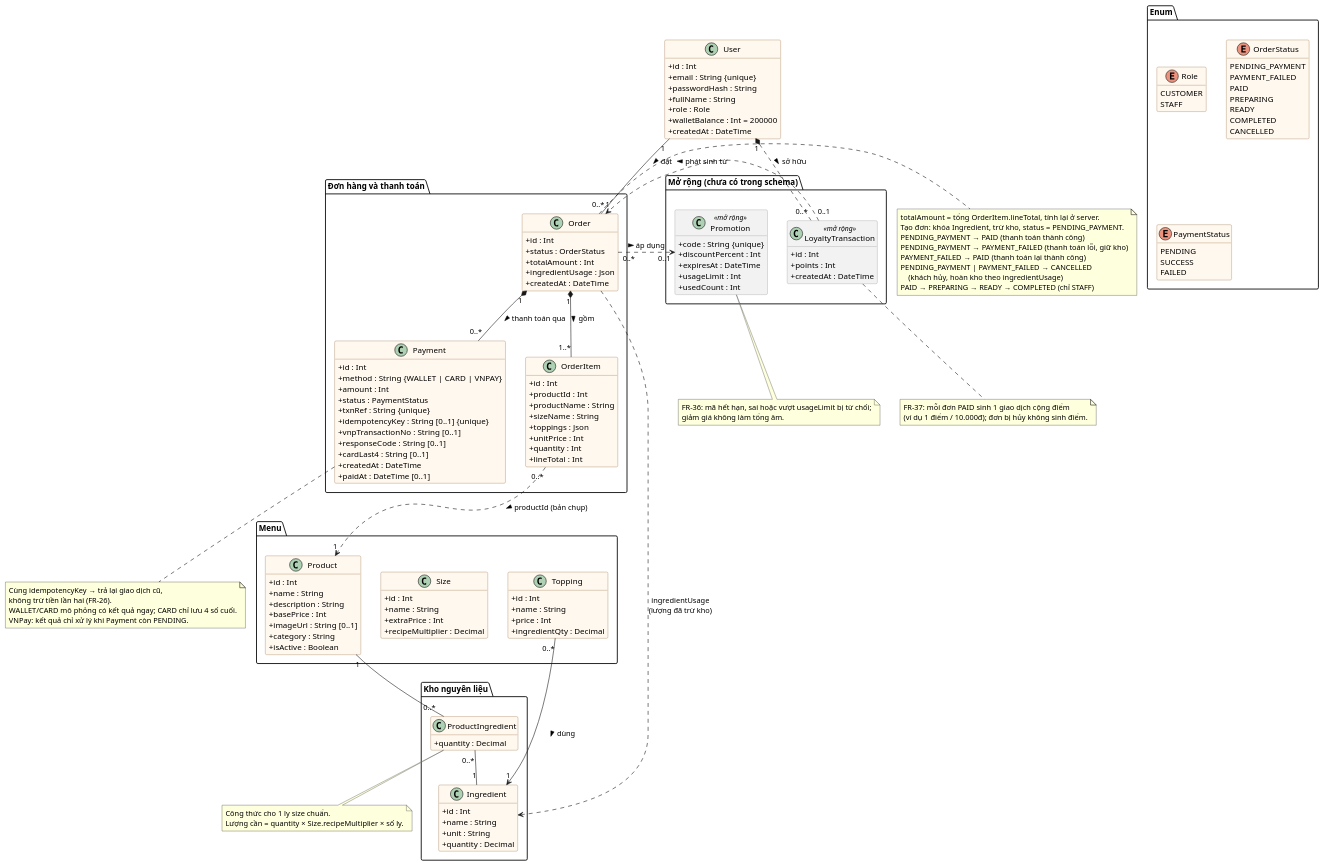
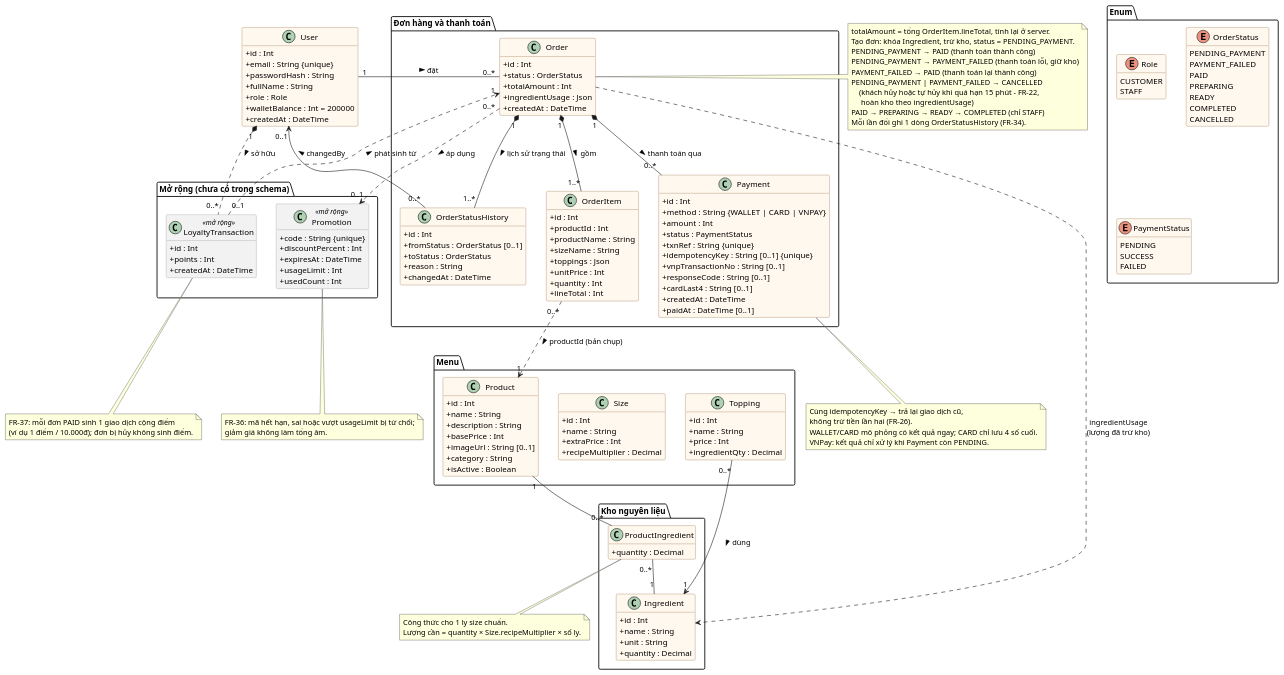
The diagram in docs/diagrams/class-domain.puml (NguyenphamThaitu/FE_brewlite_hk1), drawn with PlantUML before and after one commit. The commit also changed 2 other files, not shown here.

Commit message:
docs(task-2): add OrderStatusHistory to the class diagram
The data model now has OrderStatusHistory (FR-34). Add the class, its
composition with Order and the optional changedBy link to User, note the
auto-cancel transition (FR-22), and drop the GET /staff/orders mismatch
from the SRS comparison since FR-33 is implemented.

```diff
--- a/docs/diagrams/class-domain.puml
+++ b/docs/diagrams/class-domain.puml
@@ -1,179 +1,190 @@
 @startuml class-domain
 ' BrewLite - Class diagram muc domain (Task 2.3)
 ' Bam theo apps/api/prisma/schema.prisma. Mo ta: docs/diagrams/class-domain.md
 hide empty members
 skinparam classAttributeIconSize 0
 skinparam shadowing false
 skinparam class {
   BackgroundColor #FFF8EE
   BorderColor #8A5A2B
   BackgroundColor<<mở rộng>> #F2F2F2
   BorderColor<<mở rộng>> #888888
 }
 skinparam enum {
   BackgroundColor #EEF5FF
   BorderColor #3A6EA5
 }
 
 package "Enum" {
   enum Role {
     CUSTOMER
     STAFF
   }
   enum OrderStatus {
     PENDING_PAYMENT
     PAYMENT_FAILED
     PAID
     PREPARING
     READY
     COMPLETED
     CANCELLED
   }
   enum PaymentStatus {
     PENDING
     SUCCESS
     FAILED
   }
 }
 
 class User {
   + id : Int
   + email : String {unique}
   + passwordHash : String
   + fullName : String
   + role : Role
   + walletBalance : Int = 200000
   + createdAt : DateTime
 }
 
 package "Menu" {
   class Product {
     + id : Int
     + name : String
     + description : String
     + basePrice : Int
     + imageUrl : String [0..1]
     + category : String
     + isActive : Boolean
   }
   class Size {
     + id : Int
     + name : String
     + extraPrice : Int
     + recipeMultiplier : Decimal
   }
   class Topping {
     + id : Int
     + name : String
     + price : Int
     + ingredientQty : Decimal
   }
 }
 
 package "Kho nguyên liệu" {
   class Ingredient {
     + id : Int
     + name : String
     + unit : String
     + quantity : Decimal
   }
   class ProductIngredient {
     + quantity : Decimal
   }
 }
 
 package "Đơn hàng và thanh toán" {
   class Order {
     + id : Int
     + status : OrderStatus
     + totalAmount : Int
     + ingredientUsage : Json
     + createdAt : DateTime
   }
   class OrderItem {
     + id : Int
     + productId : Int
     + productName : String
     + sizeName : String
     + toppings : Json
     + unitPrice : Int
     + quantity : Int
     + lineTotal : Int
   }
   class Payment {
     + id : Int
     + method : String {WALLET | CARD | VNPAY}
     + amount : Int
     + status : PaymentStatus
     + txnRef : String {unique}
     + idempotencyKey : String [0..1] {unique}
     + vnpTransactionNo : String [0..1]
     + responseCode : String [0..1]
     + cardLast4 : String [0..1]
     + createdAt : DateTime
     + paidAt : DateTime [0..1]
   }
+  class OrderStatusHistory {
+    + id : Int
+    + fromStatus : OrderStatus [0..1]
+    + toStatus : OrderStatus
+    + reason : String
+    + changedAt : DateTime
+  }
 }
 
 package "Mở rộng (chưa có trong schema)" {
   class Promotion <<mở rộng>> {
     + code : String {unique}
     + discountPercent : Int
     + expiresAt : DateTime
     + usageLimit : Int
     + usedCount : Int
   }
   class LoyaltyTransaction <<mở rộng>> {
     + id : Int
     + points : Int
     + createdAt : DateTime
   }
 }
 
 User "1" -- "0..*" Order : đặt >
 Order "1" *-- "1..*" OrderItem : gồm >
 OrderItem "0..*" ..> "1" Product : productId (bản chụp) >
 Order "1" *-- "0..*" Payment : thanh toán qua >
+Order "1" *-- "1..*" OrderStatusHistory : lịch sử trạng thái >
+OrderStatusHistory "0..*" --> "0..1" User : changedBy >
 
 Product "1" -- "0..*" ProductIngredient
 ProductIngredient "0..*" -- "1" Ingredient
 Topping "0..*" --> "1" Ingredient : dùng >
 Order ..> Ingredient : ingredientUsage\n(lượng đã trừ kho)
 
 Order "0..*" ..> "0..1" Promotion : áp dụng >
 User "1" *.. "0..*" LoyaltyTransaction : sở hữu >
 LoyaltyTransaction "0..1" ..> "1" Order : phát sinh từ >
 
 note bottom of Promotion
   FR-36: mã hết hạn, sai hoặc vượt usageLimit bị từ chối;
   giảm giá không làm tổng âm.
 end note
 
 note bottom of LoyaltyTransaction
   FR-37: mỗi đơn PAID sinh 1 giao dịch cộng điểm
   (ví dụ 1 điểm / 10.000đ); đơn bị hủy không sinh điểm.
 end note
 
 note right of Order
   totalAmount = tổng OrderItem.lineTotal, tính lại ở server.
   Tạo đơn: khóa Ingredient, trừ kho, status = PENDING_PAYMENT.
   PENDING_PAYMENT → PAID (thanh toán thành công)
   PENDING_PAYMENT → PAYMENT_FAILED (thanh toán lỗi, giữ kho)
   PAYMENT_FAILED → PAID (thanh toán lại thành công)
   PENDING_PAYMENT | PAYMENT_FAILED → CANCELLED
-      (khách hủy, hoàn kho theo ingredientUsage)
+      (khách hủy hoặc tự hủy khi quá hạn 15 phút – FR-22,
+       hoàn kho theo ingredientUsage)
   PAID → PREPARING → READY → COMPLETED (chỉ STAFF)
+  Mỗi lần đổi ghi 1 dòng OrderStatusHistory (FR-34).
 end note
 
 note bottom of Payment
   Cùng idempotencyKey → trả lại giao dịch cũ,
   không trừ tiền lần hai (FR-26).
   WALLET/CARD mô phỏng có kết quả ngay; CARD chỉ lưu 4 số cuối.
   VNPay: kết quả chỉ xử lý khi Payment còn PENDING.
 end note
 
 note bottom of ProductIngredient
   Công thức cho 1 ly size chuẩn.
   Lượng cần = quantity × Size.recipeMultiplier × số ly.
 end note
 @enduml
```
